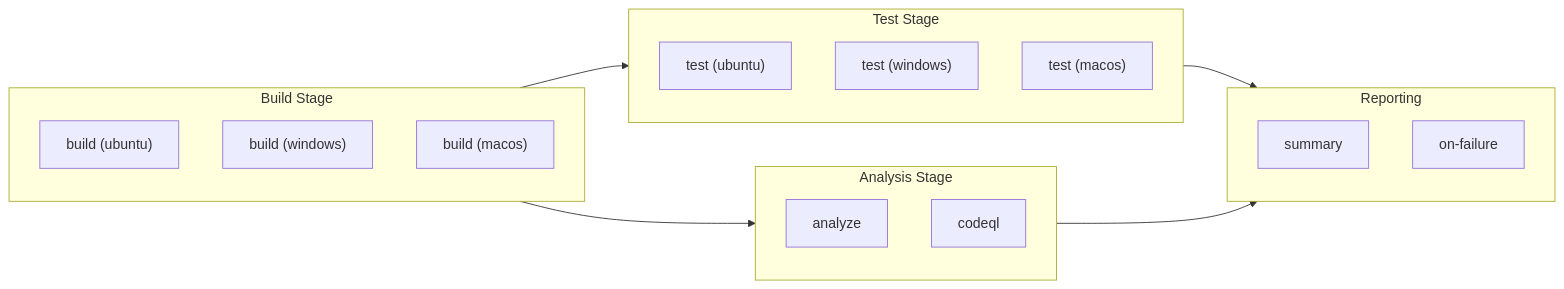
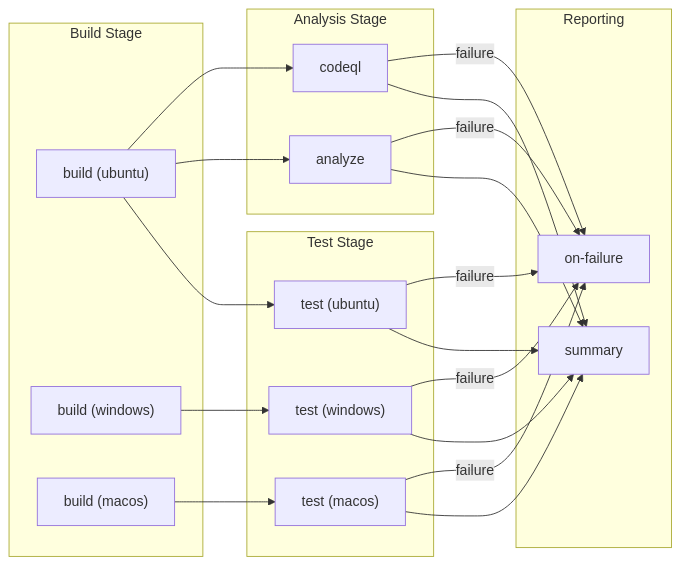
One commit to Evilazaro/Azure-LogicApps-Monitoring changed the diagram in docs/devops/github-actions-ci-dotnet-reusable.md. Above: the diagram before and after it, drawn with Mermaid. The commit also changed 1 other file, not shown here.

Commit message:
docs: Standardize subgraph headings in CI and CD workflow diagrams for clarity

````diff
--- a/docs/devops/github-actions-ci-dotnet-reusable.md
+++ b/docs/devops/github-actions-ci-dotnet-reusable.md
@@ -61,29 +61,40 @@
 ```mermaid
 flowchart LR
-    subgraph build-stage["Build Stage"]
+    subgraph Build ["Build Stage"]
         build-ubuntu["build (ubuntu)"]
         build-windows["build (windows)"]
         build-macos["build (macos)"]
     end
-    
-    subgraph test-stage["Test Stage"]
+
+    subgraph Test ["Test Stage"]
         test-ubuntu["test (ubuntu)"]
         test-windows["test (windows)"]
         test-macos["test (macos)"]
     end
-    
-    subgraph analysis-stage["Analysis Stage"]
+
+    subgraph Analysis ["Analysis Stage"]
         analyze["analyze"]
         codeql["codeql"]
     end
-    
-    subgraph reporting["Reporting"]
+
+    subgraph Reporting ["Reporting"]
         summary["summary"]
         on-failure["on-failure"]
     end
-    
-    build-stage --> test-stage
-    build-stage --> analysis-stage
-    test-stage --> reporting
-    analysis-stage --> reporting
+
+    build-ubuntu --> test-ubuntu
+    build-windows --> test-windows
+    build-macos --> test-macos
+    build-ubuntu --> analyze
+    build-ubuntu --> codeql
+    test-ubuntu --> summary
+    test-windows --> summary
+    test-macos --> summary
+    analyze --> summary
+    codeql --> summary
+    test-ubuntu -->|failure| on-failure
+    test-windows -->|failure| on-failure
+    test-macos -->|failure| on-failure
+    analyze -->|failure| on-failure
+    codeql -->|failure| on-failure
 ```
````
